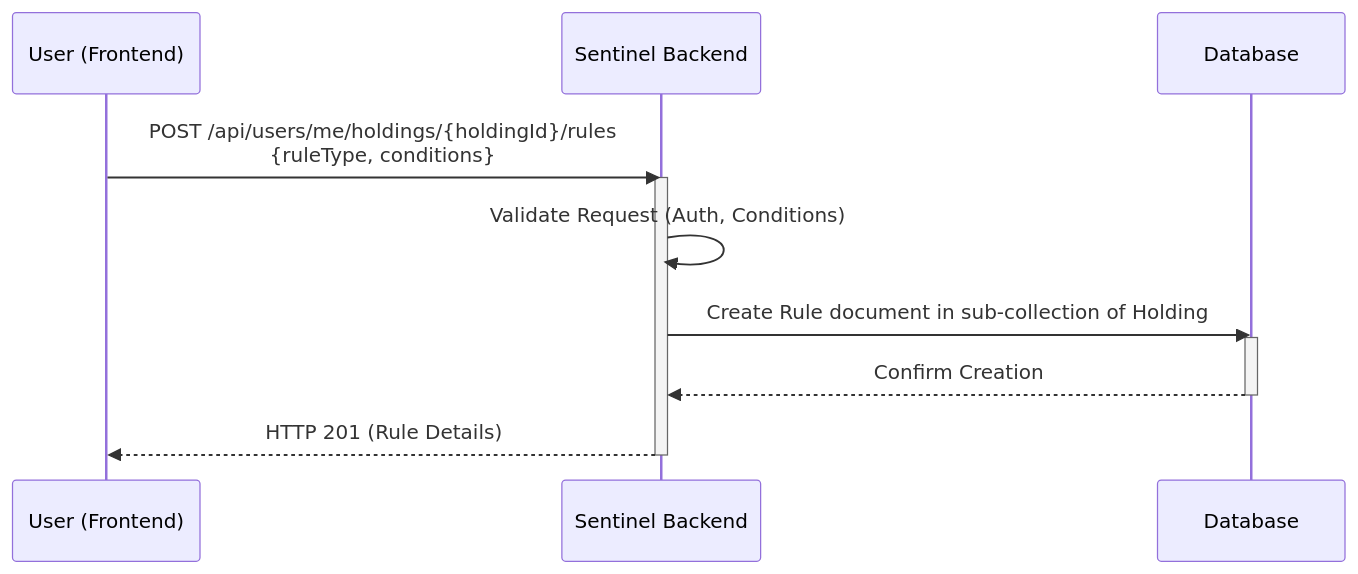
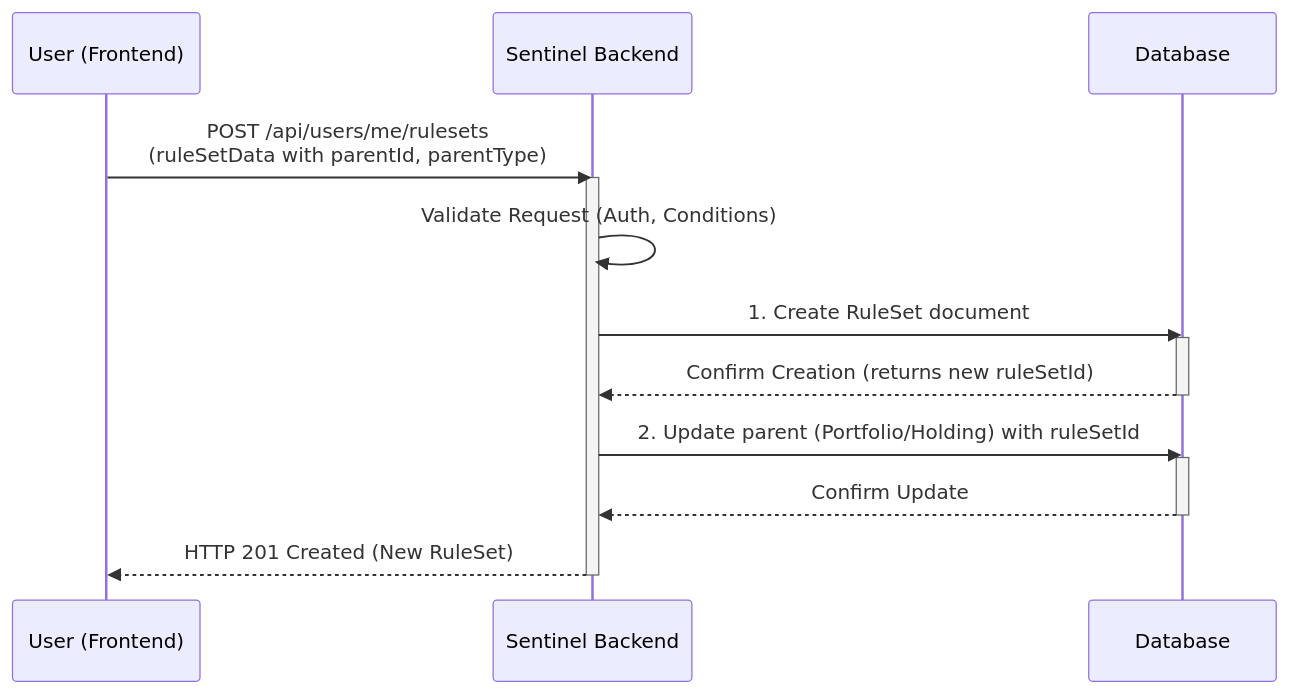
Before and after one commit to enzhao/Sentinel: diagram 40 of 48 in product_spec.md, drawn with Mermaid. The commit also changed other lines of this file and 3 other files, not shown here.

````diff
--- a/product_spec.md
+++ b/product_spec.md
@@ -1887,15 +2030,22 @@
 ```mermaid
 sequenceDiagram
     participant User as User (Frontend)
     participant Sentinel as Sentinel Backend
     participant DB as Database
-    User->>Sentinel: POST /api/users/me/holdings/{holdingId}/rules <br> {ruleType, conditions}
+
+    User->>Sentinel: POST /api/users/me/rulesets<br>(ruleSetData with parentId, parentType)
     activate Sentinel
     Sentinel->>Sentinel: Validate Request (Auth, Conditions)
-    Sentinel->>DB: Create Rule document in sub-collection of Holding
+    Sentinel->>DB: 1. Create RuleSet document
     activate DB
-    DB-->>Sentinel: Confirm Creation
+    DB-->>Sentinel: Confirm Creation (returns new ruleSetId)
     deactivate DB
-    Sentinel-->>User: HTTP 201 (Rule Details)
+    
+    Sentinel->>DB: 2. Update parent (Portfolio/Holding) with ruleSetId
+    activate DB
+    DB-->>Sentinel: Confirm Update
+    deactivate DB
+
+    Sentinel-->>User: HTTP 201 Created (New RuleSet)
     deactivate Sentinel
-```
+``` 
````
